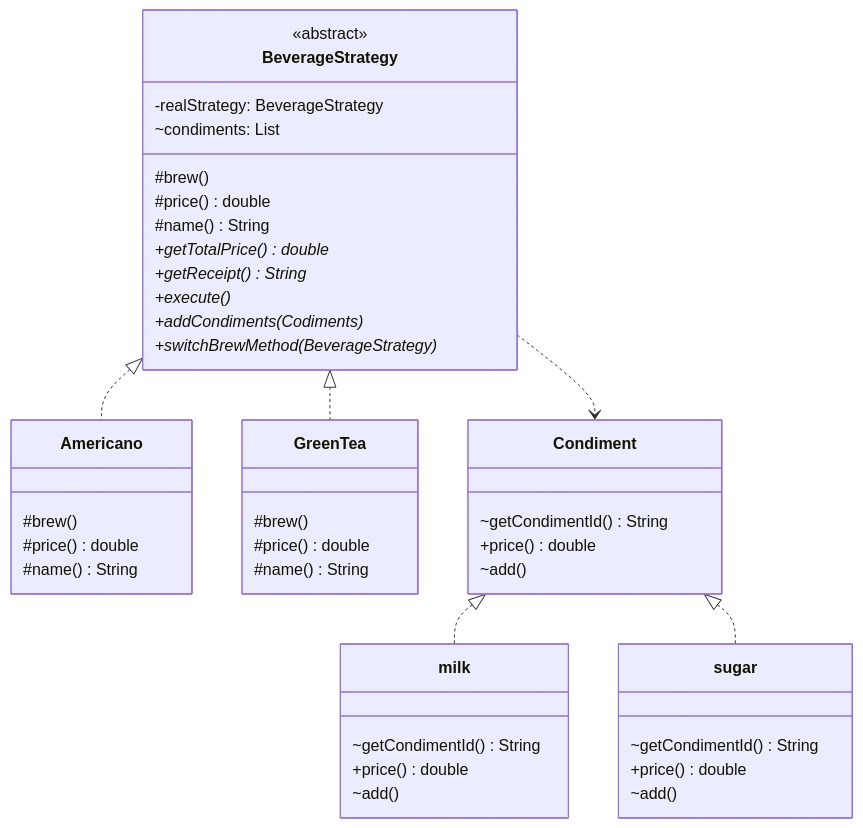
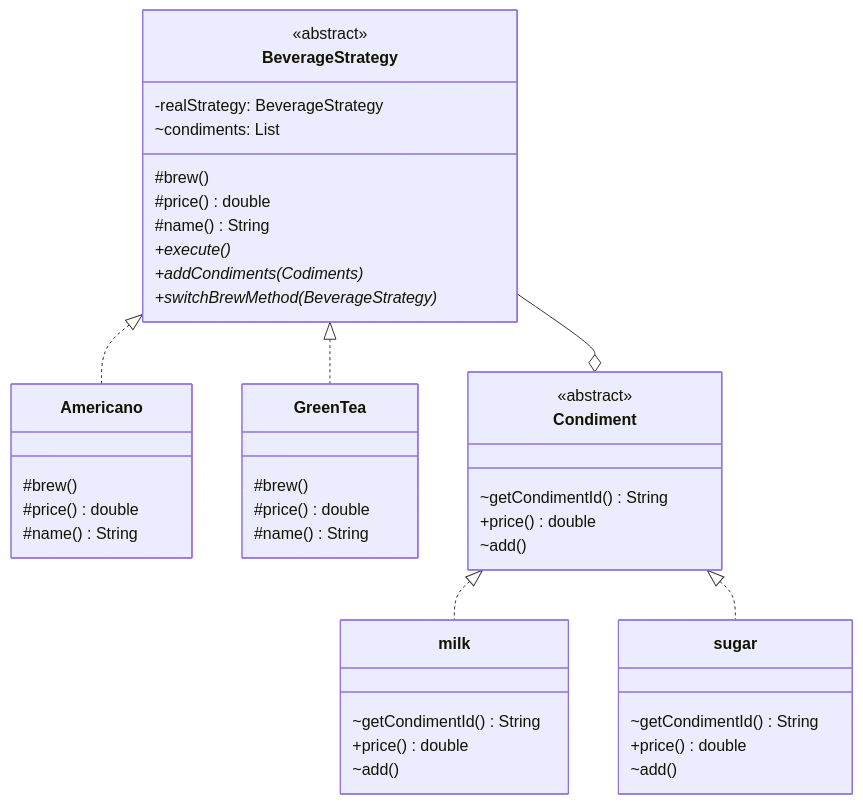
One commit to nioliu/cs-665-assignment-1 changed the diagram in README.md. Above: the diagram before and after it, drawn with Mermaid. The commit also changed other lines of this file and 10 other files, not shown here.

````diff
--- a/README.md
+++ b/README.md
@@ -5,71 +52,74 @@
 ```mermaid
 
 classDiagram
 %% can add more strategy easily just to implement this interface
 class BeverageStrategy{
  <<abstract>>
  -realStrategy: BeverageStrategy
  ~condiments: List<Condiment>
  %% return the price
  #brew()
  #price() double
  #name() String
- +getTotalPrice() double *
- +getReceipt() String *
  +execute() *
  +addCondiments(Codiments)*
  +switchBrewMethod(BeverageStrategy)*
 }
 
 class Americano{
  #brew()
  #price() double
  #name() String
 }
 
 class GreenTea{
  #brew()
  #price() double
  #name() String
 }
 
 class Condiment{
+ <<abstract>>
  %% to mark which condiment
  ~getCondimentId() String
  %% to get the price if each condiment has its own price
  %% set this to public for client to get the price of curr condiment
  +price() double
  %% add current condiment
  ~add()
 }
 
 class milk{
  %% to mark which condiment
  ~getCondimentId() String
  %% to get the price if each condiment has its own price
  %% set this to public for client to get the price of curr condiment
  +price() double
  %% add current condiment
  ~add()
 }
 
 class sugar{
  %% to mark which condiment
  ~getCondimentId() String
  %% to get the price if each condiment has its own price
  %% set this to public for client to get the price of curr condiment
  +price() double
  %% add current condiment
  ~add()
 }
 
 %% implement beverage
 BeverageStrategy <|..  GreenTea
 BeverageStrategy <|..  Americano
 %% implement condiment
 Condiment <|.. milk
 Condiment <|.. sugar
 %% Beverage aggregation
-BeverageStrategy ..> Condiment
+BeverageStrategy --o Condiment
+
+
+
+
 
 ```
````
